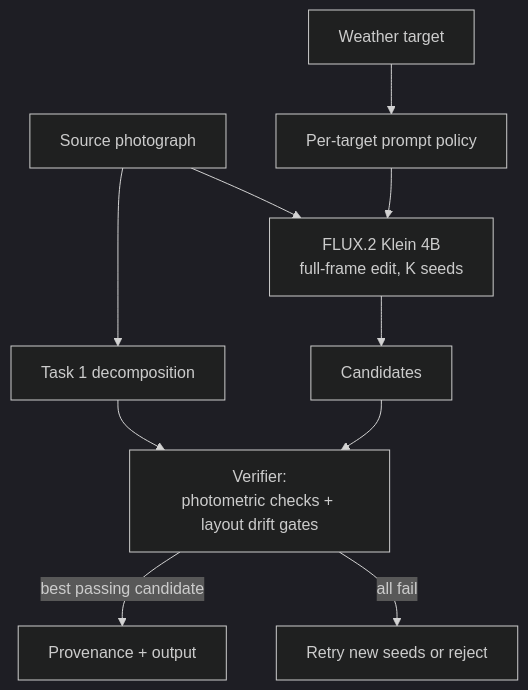
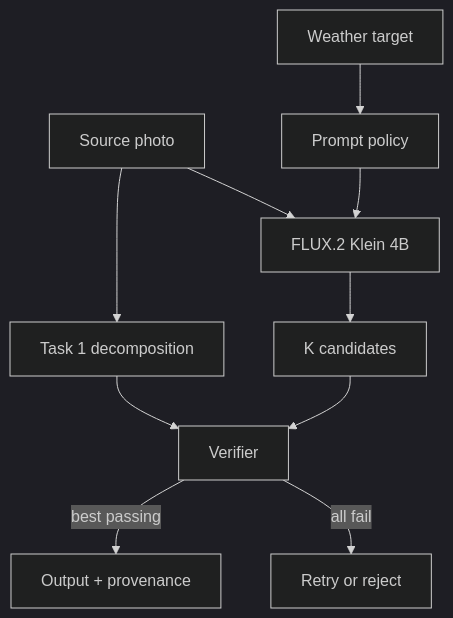
One commit to mustafametesengul/generative-editing changed the diagram in docs/TASK2_GENERATION.md. Above: the diagram before and after it, drawn with Mermaid (dark theme). The commit also changed other lines of this file and 3 other files, not shown here.

````diff
--- a/docs/TASK2_GENERATION.md
+++ b/docs/TASK2_GENERATION.md
@@ -5,12 +5,12 @@
 ```mermaid
 flowchart TD
-    A[Source photograph] --> B[Task 1 decomposition]
-    A --> C[FLUX.2 Klein 4B<br>full-frame edit, K seeds]
-    D[Weather target] --> E[Per-target prompt policy]
+    A[Source photo] --> B[Task 1 decomposition]
+    A --> C[FLUX.2 Klein 4B]
+    D[Weather target] --> E[Prompt policy]
     E --> C
-    C --> F[Candidates]
-    B --> G[Verifier:<br>photometric checks + layout drift gates]
+    C --> F[K candidates]
+    B --> G[Verifier]
     F --> G
-    G -->|best passing candidate| H[Provenance + output]
-    G -->|all fail| I[Retry new seeds or reject]
+    G -->|best passing| H[Output + provenance]
+    G -->|all fail| I[Retry or reject]
 ```
````
